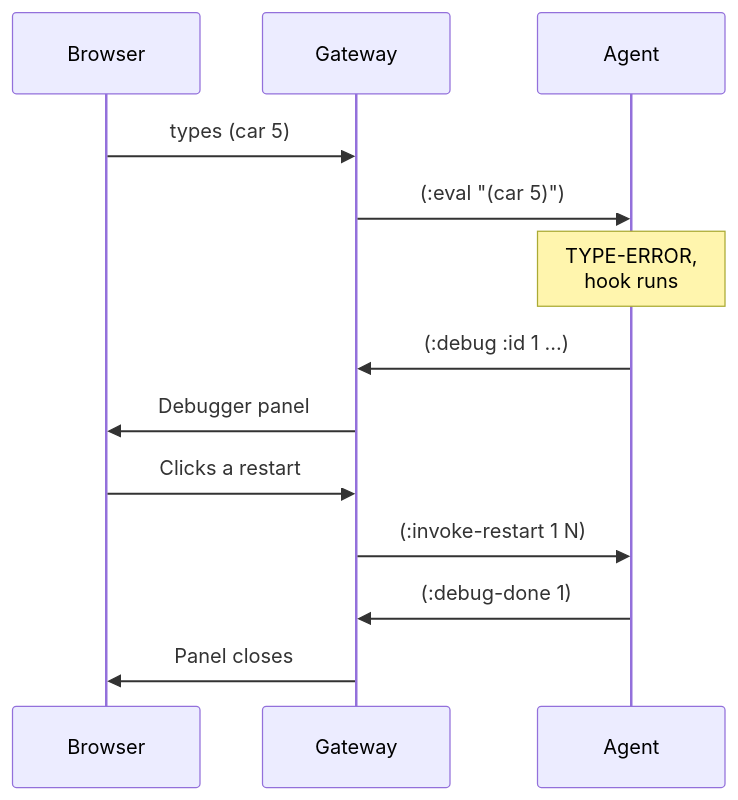
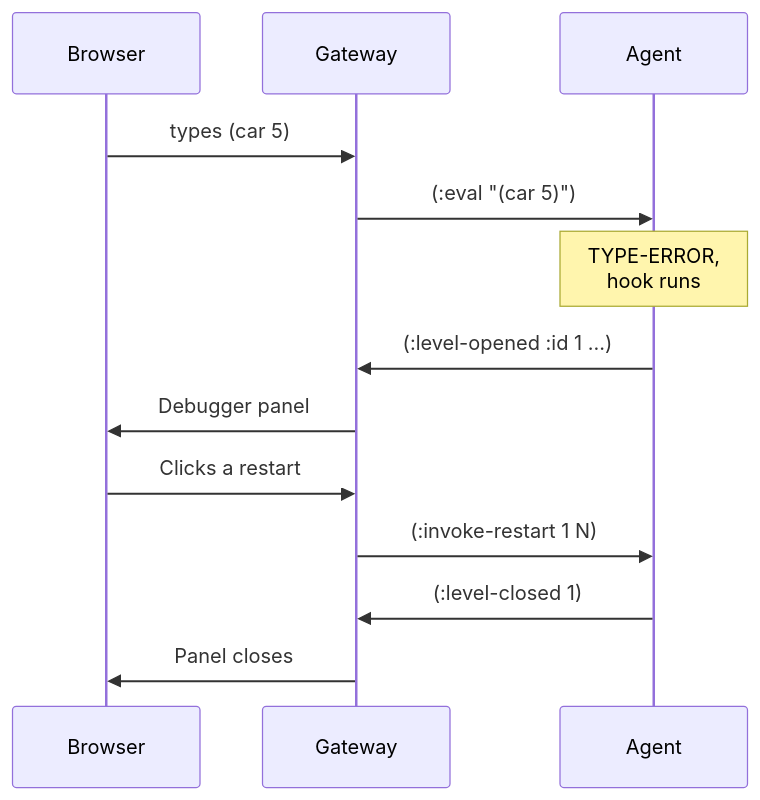
Before and after one commit to real-limoges/to-restart-is-divine: the fourth of 9 diagrams in docs/reference/internal/architecture.md, drawn with Mermaid. The commit also changed other lines of this file and 19 other files, not shown here.

````diff
--- a/docs/reference/internal/architecture.md
+++ b/docs/reference/internal/architecture.md
@@ -133,15 +133,15 @@
 ```mermaid
 sequenceDiagram
   participant B as Browser
   participant G as Gateway
   participant A as Agent
   B->>G: types (car 5)
   G->>A: (:eval "(car 5)")
   Note over A: TYPE-ERROR,<br/>hook runs
-  A->>G: (:debug :id 1 ...)
+  A->>G: (:level-opened :id 1 ...)
   G->>B: Debugger panel
   B->>G: Clicks a restart
   G->>A: (:invoke-restart 1 N)
-  A->>G: (:debug-done 1)
+  A->>G: (:level-closed 1)
   G->>B: Panel closes
 ```
````
